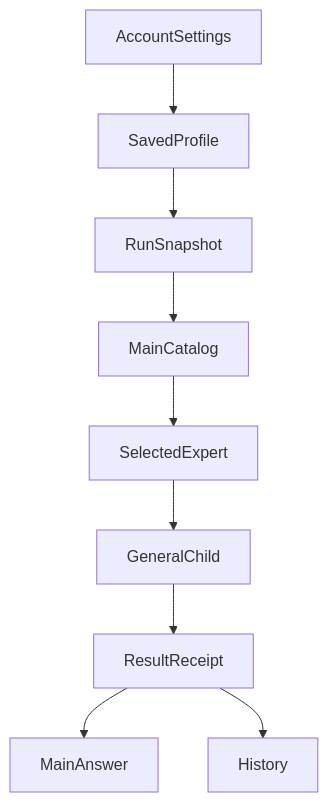
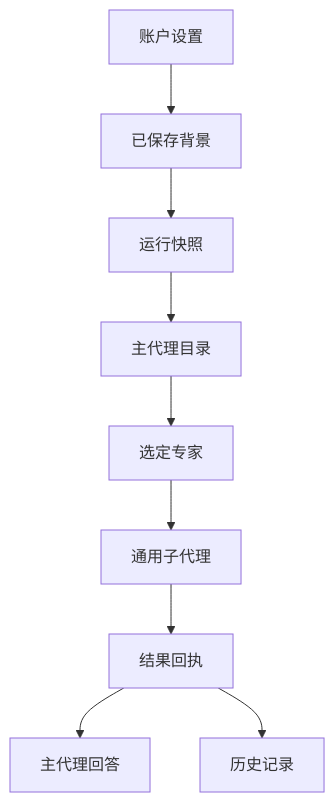
Before and after one commit to hpoenixf/eff-agent-article: the diagram in articles/agent-custom-expert-from-prompt-to-recovery.md, drawn with Mermaid. The commit also changed 52 other files, not shown here.

Commit message:
docs: localize diagrams and clarify flagship guides

````diff
--- a/articles/agent-custom-expert-from-prompt-to-recovery.md
+++ b/articles/agent-custom-expert-from-prompt-to-recovery.md
@@ -61,11 +61,11 @@
 ```mermaid
 graph TD
-AccountSettings --> SavedProfile
-SavedProfile --> RunSnapshot
-RunSnapshot --> MainCatalog
-MainCatalog --> SelectedExpert
-SelectedExpert --> GeneralChild
-GeneralChild --> ResultReceipt
-ResultReceipt --> MainAnswer
-ResultReceipt --> History
+AccountSettings["账户设置"] --> SavedProfile["已保存背景"]
+SavedProfile --> RunSnapshot["运行快照"]
+RunSnapshot --> MainCatalog["主代理目录"]
+MainCatalog --> SelectedExpert["选定专家"]
+SelectedExpert --> GeneralChild["通用子代理"]
+GeneralChild --> ResultReceipt["结果回执"]
+ResultReceipt --> MainAnswer["主代理回答"]
+ResultReceipt --> History["历史记录"]
 ```
````
